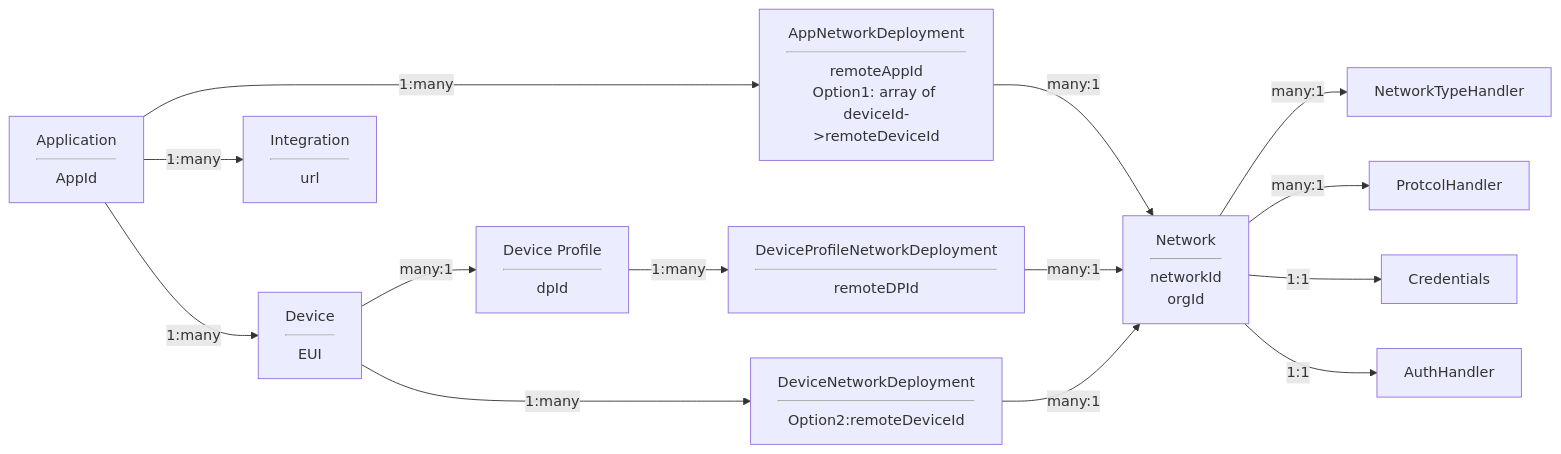
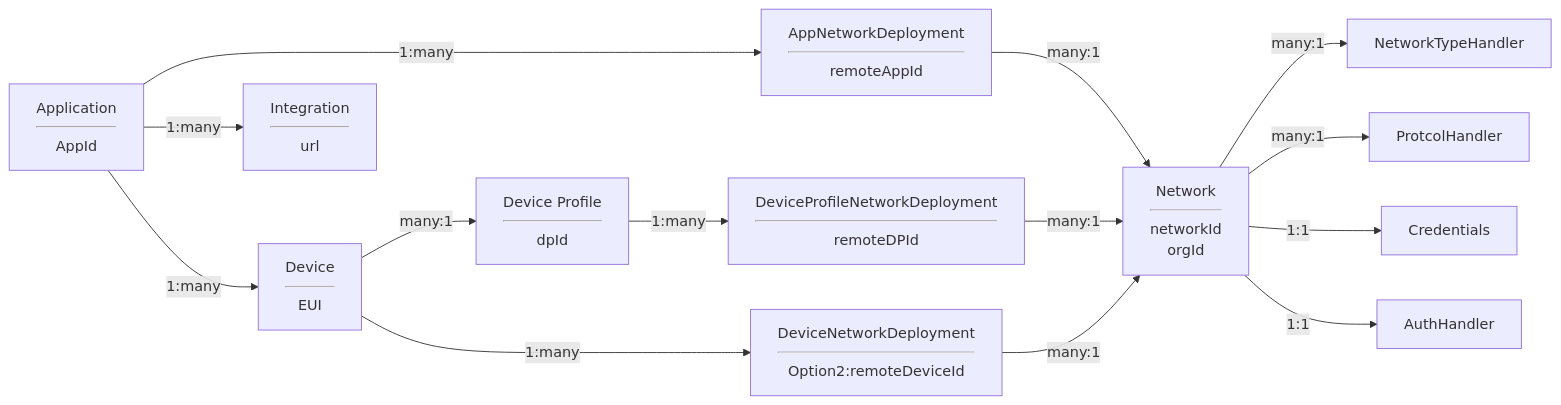
The second of 2 diagrams in docs/DESIGN.md (cablelabs/lpwanserver), drawn with Mermaid before and after one commit. The commit also changed other lines of this file and 3 other files, not shown here.

````diff
--- a/docs/DESIGN.md
+++ b/docs/DESIGN.md
@@ -55,28 +62,28 @@
 ```mermaid
 graph LR
 A[Application<hr>AppId] 
 B[Device<hr>EUI]
 C[Device Profile<hr>dpId]
-D[AppNetworkDeployment<hr>remoteAppId<br>Option1: array of deviceId->remoteDeviceId]
+D[AppNetworkDeployment<hr>remoteAppId]
 E[Network<hr>networkId<br>orgId]
 G[DeviceProfileNetworkDeployment<hr>remoteDPId]
 H[Integration<hr>url]
 I[NetworkTypeHandler]
 J[ProtcolHandler]
 K[DeviceNetworkDeployment<hr>Option2:remoteDeviceId]
 L[Credentials]
 M[AuthHandler]
 A --> |1:many|B
 A --> |1:many|H
 B --> |many:1|C
 A --> |1:many| D
 D --> |many:1| E
 C --> |1:many| G
 G --> |many:1| E
 E --> |many:1| I
 E --> |many:1| J
 B --> |1:many| K
 K --> |many:1| E
 E --> |1:1| L
 E --> |1:1| M
 ```
````
